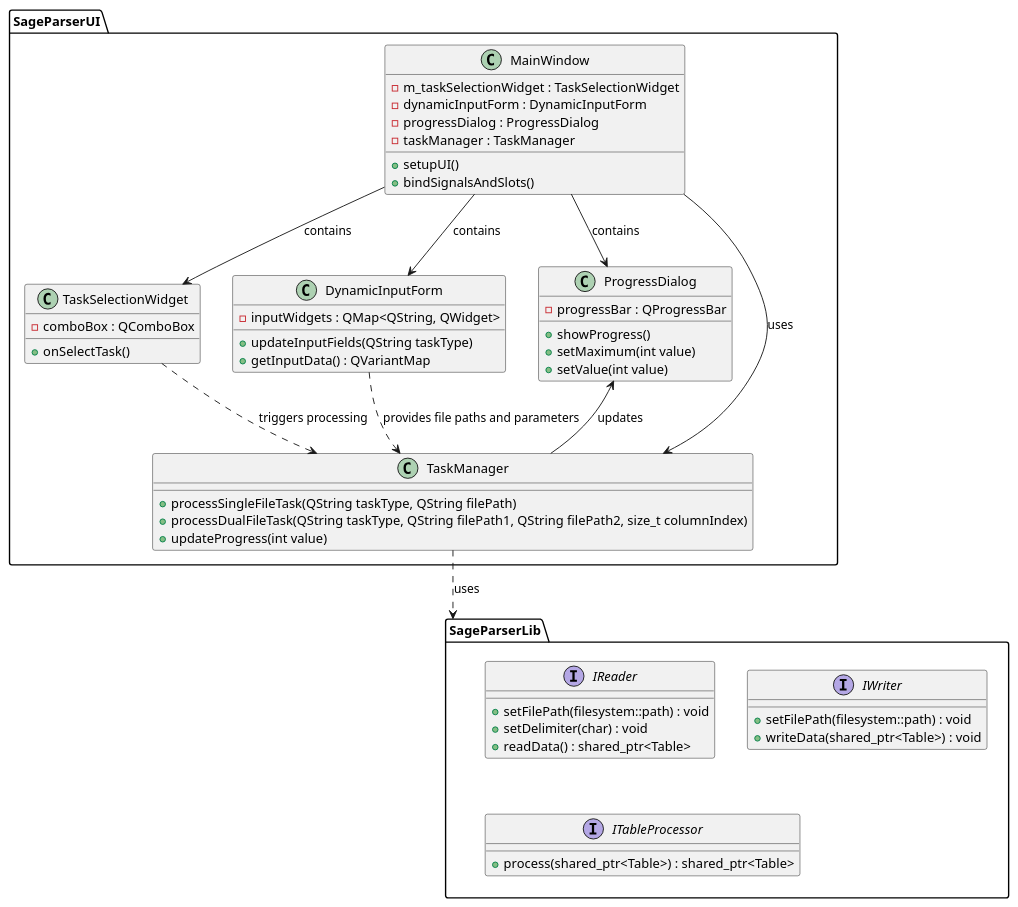
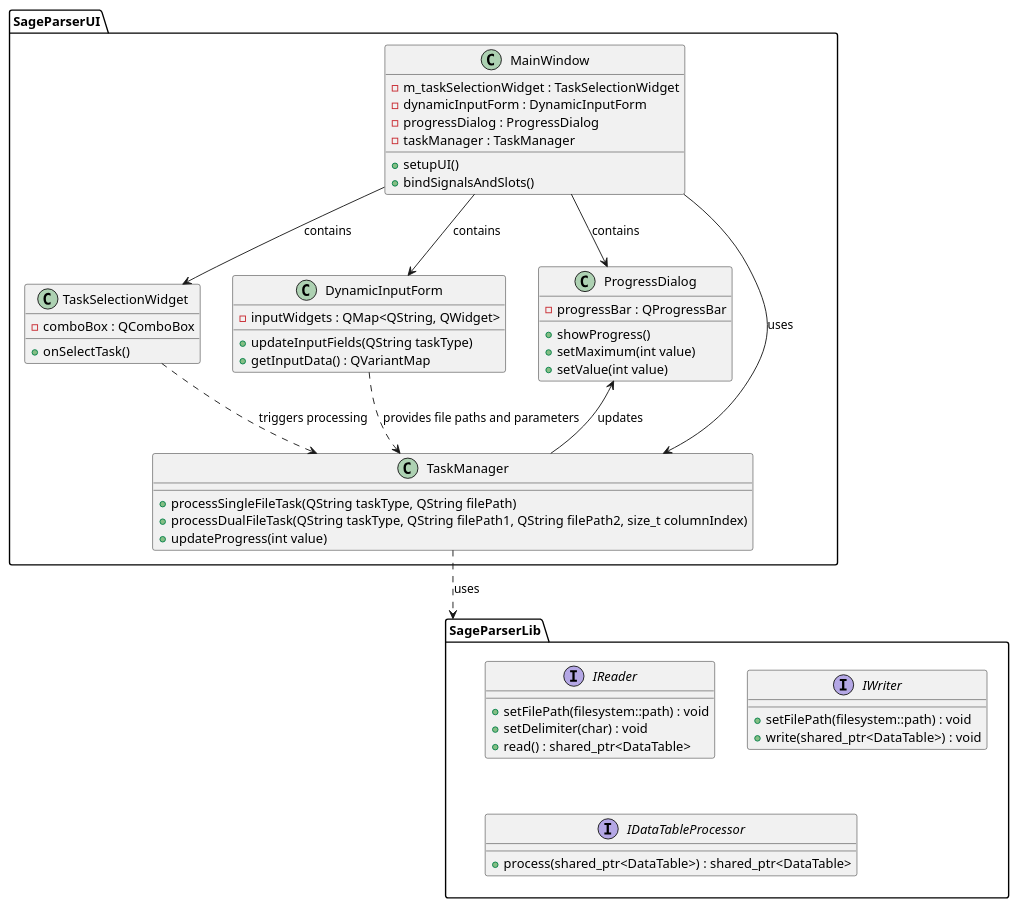
Before and after one commit to Sage-Cat/SageParser: the diagram in docs/Ui_Design.puml, drawn with PlantUML. The commit also changed 30 other files, not shown here.

```diff
--- a/docs/Ui_Design.puml
+++ b/docs/Ui_Design.puml
@@ -1,69 +1,69 @@
 @startuml
 
 package SageParserUI {
 
     class MainWindow {
         - m_taskSelectionWidget : TaskSelectionWidget
         - dynamicInputForm : DynamicInputForm
         - progressDialog : ProgressDialog
         - taskManager : TaskManager
         + setupUI()
         + bindSignalsAndSlots()
     }
 
     class TaskSelectionWidget {
         - comboBox : QComboBox
         + onSelectTask()
     }
 
     class DynamicInputForm {
         - inputWidgets : QMap<QString, QWidget>
         + updateInputFields(QString taskType)
         + getInputData() : QVariantMap
     }
 
     class ProgressDialog {
         - progressBar : QProgressBar
         + showProgress()
         + setMaximum(int value)
         + setValue(int value)
     }
 
     class TaskManager {
         + processSingleFileTask(QString taskType, QString filePath)
         + processDualFileTask(QString taskType, QString filePath1, QString filePath2, size_t columnIndex)
         + updateProgress(int value)
     }
 }
 
 package SageParserLib {
 
     interface IReader {
         + setFilePath(filesystem::path) : void
         + setDelimiter(char) : void
-        + readData() : shared_ptr<Table>
+        + read() : shared_ptr<DataTable>
     }
 
     interface IWriter {
         + setFilePath(filesystem::path) : void
-        + writeData(shared_ptr<Table>) : void
+        + write(shared_ptr<DataTable>) : void
     }
 
-    interface ITableProcessor {
-        + process(shared_ptr<Table>) : shared_ptr<Table>
+    interface IDataTableProcessor {
+        + process(shared_ptr<DataTable>) : shared_ptr<DataTable>
     }
 
 }
 
 MainWindow --> TaskSelectionWidget : contains
 MainWindow --> DynamicInputForm : contains
 MainWindow --> ProgressDialog : contains
 MainWindow --> TaskManager : uses
 
 TaskSelectionWidget ..> TaskManager : triggers processing
 DynamicInputForm ..> TaskManager : provides file paths and parameters
 ProgressDialog <-- TaskManager : updates
 
 TaskManager ..> SageParserLib : uses
 
 @enduml
```
